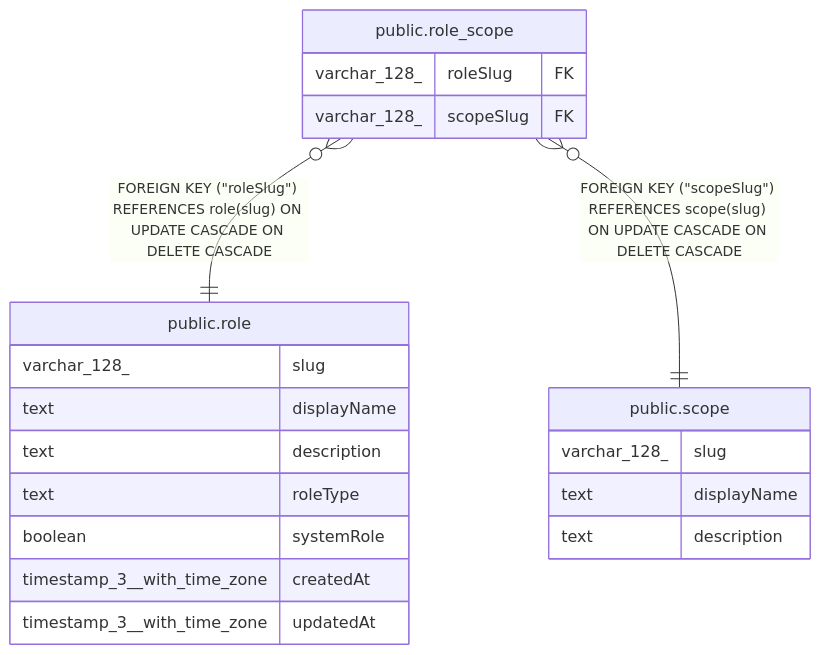
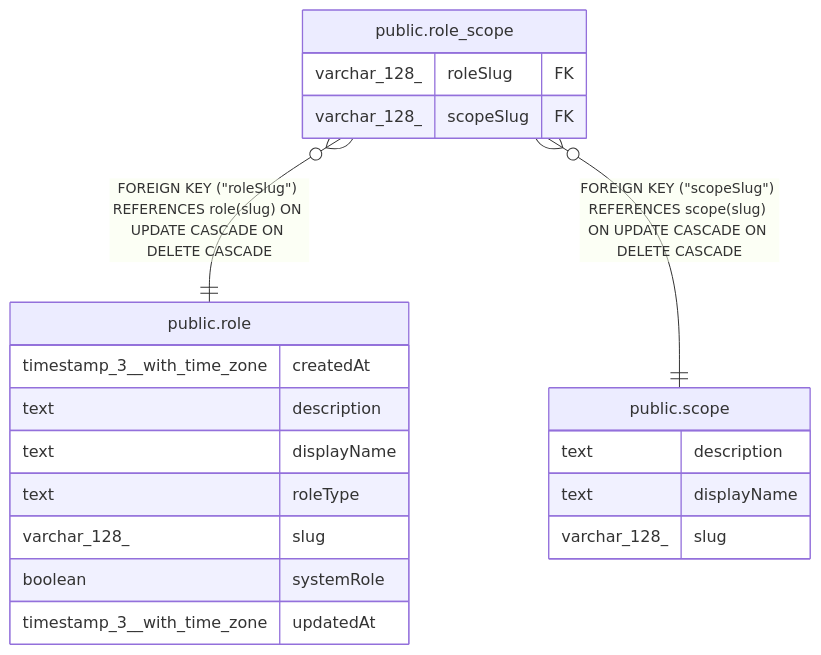
One commit to mayankjain1815-commits/n8n changed the diagram in docs/generated/postgres-schema/public.role_scope.md. Above: the diagram before and after it, drawn with Mermaid. The commit also changed other lines of this file and 221 other files, not shown here.

Commit message:
chore(core): Make DB schema docs generation deterministic (#32373)

````diff
--- a/docs/generated/postgres-schema/public.role_scope.md
+++ b/docs/generated/postgres-schema/public.role_scope.md
@@ -29,25 +29,25 @@
 ```mermaid
 erDiagram
 
 "public.role_scope" }o--|| "public.role" : "FOREIGN KEY (#quot;roleSlug#quot;) REFERENCES role(slug) ON UPDATE CASCADE ON DELETE CASCADE"
 "public.role_scope" }o--|| "public.scope" : "FOREIGN KEY (#quot;scopeSlug#quot;) REFERENCES scope(slug) ON UPDATE CASCADE ON DELETE CASCADE"
 
 "public.role_scope" {
   varchar_128_ roleSlug FK
   varchar_128_ scopeSlug FK
 }
 "public.role" {
+  timestamp_3__with_time_zone createdAt
+  text description
+  text displayName
+  text roleType
   varchar_128_ slug
-  text displayName
-  text description
-  text roleType
   boolean systemRole
-  timestamp_3__with_time_zone createdAt
   timestamp_3__with_time_zone updatedAt
 }
 "public.scope" {
+  text description
+  text displayName
   varchar_128_ slug
-  text displayName
-  text description
 }
 ```
````
